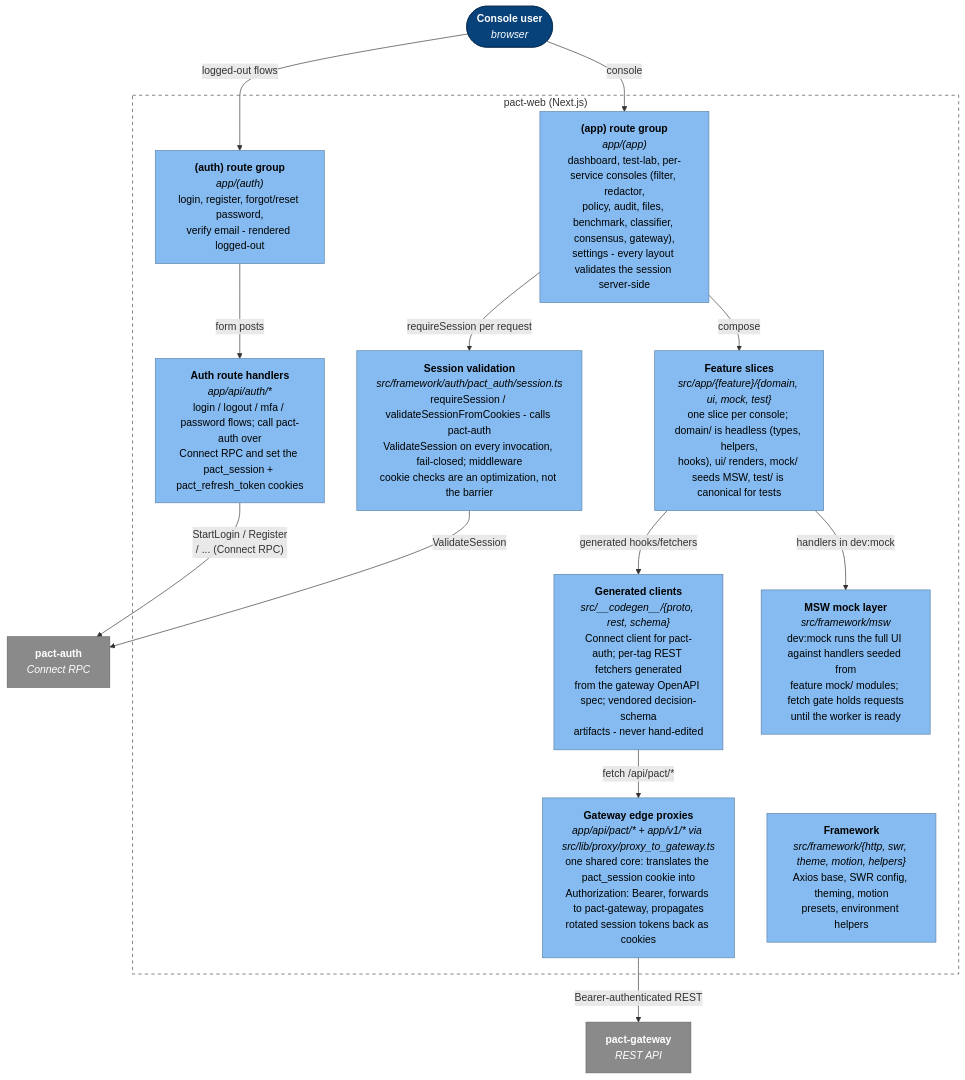
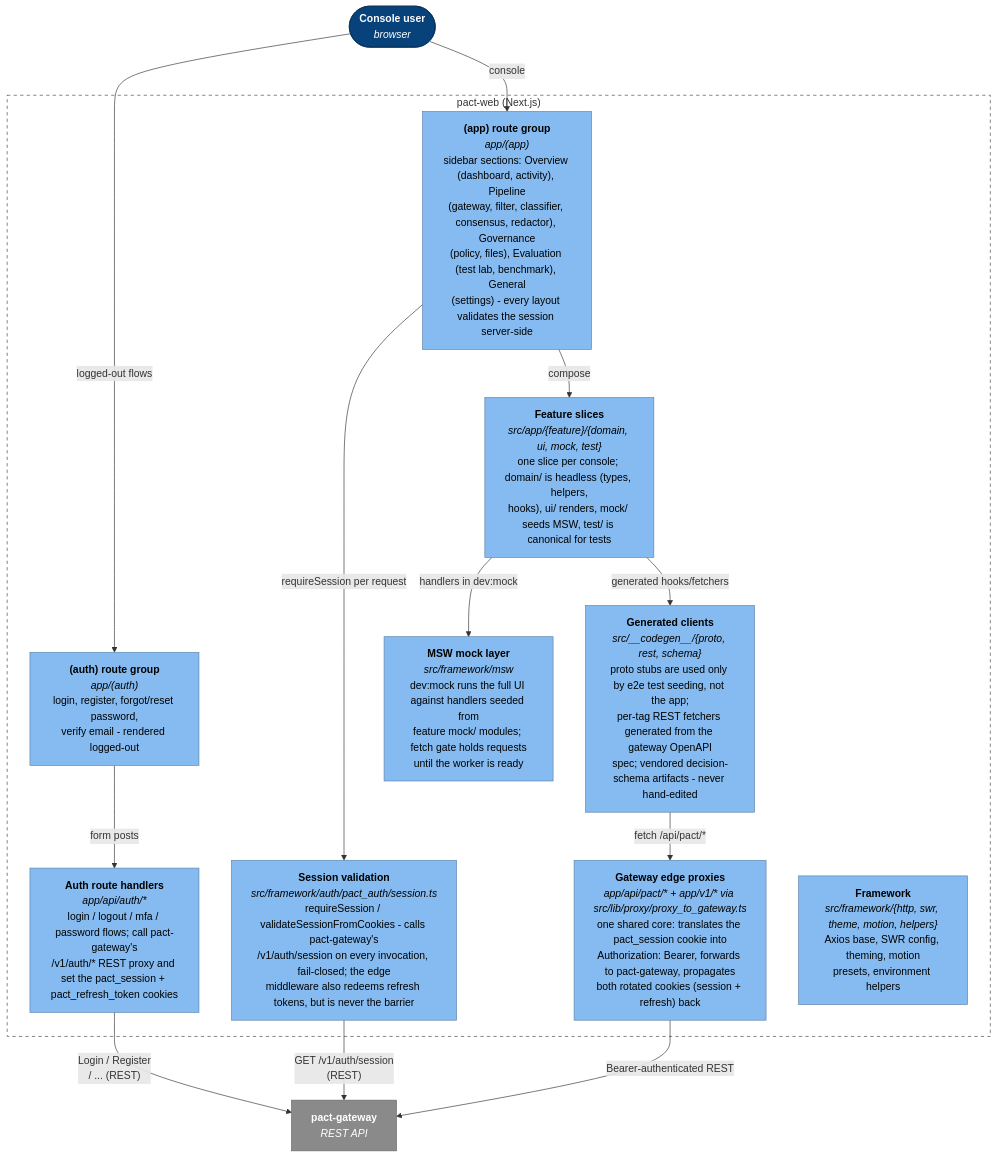
The first of 12 diagrams in docs/architecture.md (PACT-Toolkit/pact-web), drawn with Mermaid before and after one commit. The commit also changed other lines of this file and 1 other file, not shown here.

Commit message:
📝 align architecture diagrams with current auth and session flows (#184)

````diff
--- a/docs/architecture.md
+++ b/docs/architecture.md
@@ -8,36 +8,35 @@
 ```mermaid
 flowchart TB
     user(["<b>Console user</b><br/><i>browser</i>"]):::person
 
     subgraph web["pact-web (Next.js)"]
         authroutes["<b>(auth) route group</b><br/><i>app/(auth)</i><br/>login, register, forgot/reset password,<br/>verify email - rendered logged-out"]:::comp
-        approutes["<b>(app) route group</b><br/><i>app/(app)</i><br/>dashboard, test-lab, per-service consoles (filter, redactor,<br/>policy, audit, files, benchmark, classifier, consensus, gateway),<br/>settings - every layout validates the session server-side"]:::comp
-        authapi["<b>Auth route handlers</b><br/><i>app/api/auth/*</i><br/>login / logout / mfa / password flows; call pact-auth over<br/>Connect RPC and set the pact_session + pact_refresh_token cookies"]:::comp
-        proxy["<b>Gateway edge proxies</b><br/><i>app/api/pact/* + app/v1/* via src/lib/proxy/proxy_to_gateway.ts</i><br/>one shared core: translates the pact_session cookie into<br/>Authorization: Bearer, forwards to pact-gateway, propagates<br/>rotated session tokens back as cookies"]:::comp
-        session["<b>Session validation</b><br/><i>src/framework/auth/pact_auth/session.ts</i><br/>requireSession / validateSessionFromCookies - calls pact-auth<br/>ValidateSession on every invocation, fail-closed; middleware<br/>cookie checks are an optimization, not the barrier"]:::comp
+        approutes["<b>(app) route group</b><br/><i>app/(app)</i><br/>sidebar sections: Overview (dashboard, activity), Pipeline<br/>(gateway, filter, classifier, consensus, redactor), Governance<br/>(policy, files), Evaluation (test lab, benchmark), General<br/>(settings) - every layout validates the session server-side"]:::comp
+        authapi["<b>Auth route handlers</b><br/><i>app/api/auth/*</i><br/>login / logout / mfa / password flows; call pact-gateway's<br/>/v1/auth/* REST proxy and set the pact_session + pact_refresh_token cookies"]:::comp
+        proxy["<b>Gateway edge proxies</b><br/><i>app/api/pact/* + app/v1/* via src/lib/proxy/proxy_to_gateway.ts</i><br/>one shared core: translates the pact_session cookie into<br/>Authorization: Bearer, forwards to pact-gateway, propagates<br/>both rotated cookies (session + refresh) back"]:::comp
+        session["<b>Session validation</b><br/><i>src/framework/auth/pact_auth/session.ts</i><br/>requireSession / validateSessionFromCookies - calls pact-gateway's<br/>/v1/auth/session on every invocation, fail-closed; the edge<br/>middleware also redeems refresh tokens, but is never the barrier"]:::comp
         features["<b>Feature slices</b><br/><i>src/app/{feature}/{domain, ui, mock, test}</i><br/>one slice per console; domain/ is headless (types, helpers,<br/>hooks), ui/ renders, mock/ seeds MSW, test/ is canonical for tests"]:::comp
-        codegen["<b>Generated clients</b><br/><i>src/__codegen__/{proto, rest, schema}</i><br/>Connect client for pact-auth; per-tag REST fetchers generated<br/>from the gateway OpenAPI spec; vendored decision-schema<br/>artifacts - never hand-edited"]:::comp
+        codegen["<b>Generated clients</b><br/><i>src/__codegen__/{proto, rest, schema}</i><br/>proto stubs are used only by e2e test seeding, not the app;<br/>per-tag REST fetchers generated from the gateway OpenAPI<br/>spec; vendored decision-schema artifacts - never hand-edited"]:::comp
         msw["<b>MSW mock layer</b><br/><i>src/framework/msw</i><br/>dev:mock runs the full UI against handlers seeded from<br/>feature mock/ modules; fetch gate holds requests<br/>until the worker is ready"]:::comp
         fw["<b>Framework</b><br/><i>src/framework/{http, swr, theme, motion, helpers}</i><br/>Axios base, SWR config, theming, motion<br/>presets, environment helpers"]:::comp
     end
 
     gw["<b>pact-gateway</b><br/><i>REST API</i>"]:::ext
-    auth["<b>pact-auth</b><br/><i>Connect RPC</i>"]:::ext
 
     user -->|logged-out flows| authroutes
     user -->|console| approutes
     authroutes -->|form posts| authapi
-    authapi -->|"StartLogin / Register<br/>/ ... (Connect RPC)"| auth
+    authapi -->|"Login / Register<br/>/ ... (REST)"| gw
     approutes -->|requireSession per request| session
-    session -->|ValidateSession| auth
+    session -->|"GET /v1/auth/session<br/>(REST)"| gw
     approutes -->|compose| features
     features -->|generated hooks/fetchers| codegen
     codegen -->|fetch /api/pact/*| proxy
     proxy -->|Bearer-authenticated REST| gw
     features -->|handlers in dev:mock| msw
 
     classDef person fill:#08427b,stroke:#052e56,color:#ffffff
     classDef comp fill:#85bbf0,stroke:#5d82a8,color:#000000
     classDef ext fill:#8a8a8a,stroke:#666666,color:#ffffff
     style web fill:none,stroke:#444444,stroke-dasharray:5 5
 ```
````
